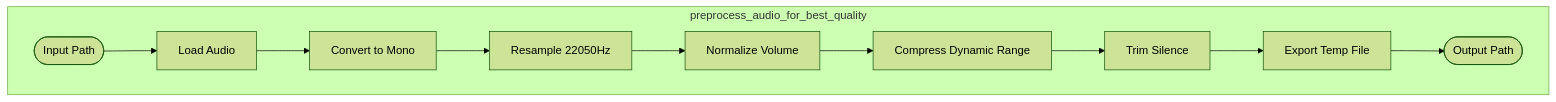
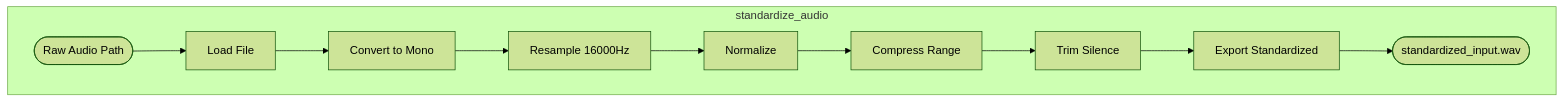
Before and after one commit to Rujwal88/GRL-Task-: the first of 3 diagrams in docs/dfd.md, drawn with Mermaid (forest theme). The commit also changed other lines of this file and 1 other file, not shown here.

Commit message:
Updated  architecture and dfd

````diff
--- a/docs/dfd.md
+++ b/docs/dfd.md
@@ -8,13 +8,13 @@
 ```mermaid
-flowchart TB
-    subgraph "preprocess_audio_for_best_quality"
-        In1([Input Path]) --> Load[Load Audio]
-        Load --> Mono[Convert to Mono]
-        Mono --> Rate[Resample 22050Hz]
-        Rate --> Norm[Normalize Volume]
-        Norm --> Comp[Compress Dynamic Range]
-        Comp --> Trim[Trim Silence]
-        Trim --> Save[Export Temp File]
-        Save --> Out1([Output Path])
+graph TB
+    subgraph "standardize_audio"
+        In1(["Raw Audio Path"]) --> Load["Load File"]
+        Load --> Mono["Convert to Mono"]
+        Mono --> Rate["Resample 16000Hz"]
+        Rate --> Norm["Normalize"]
+        Norm --> Comp["Compress Range"]
+        Comp --> Trim["Trim Silence"]
+        Trim --> Export["Export Standardized"]
+        Export --> Out1(["standardized_input.wav"])
     end
 ```
````
